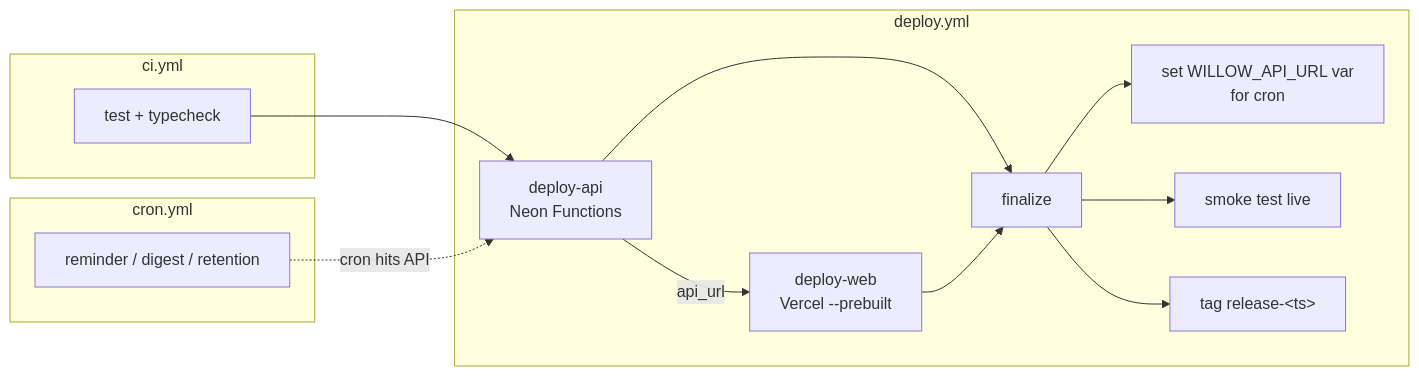
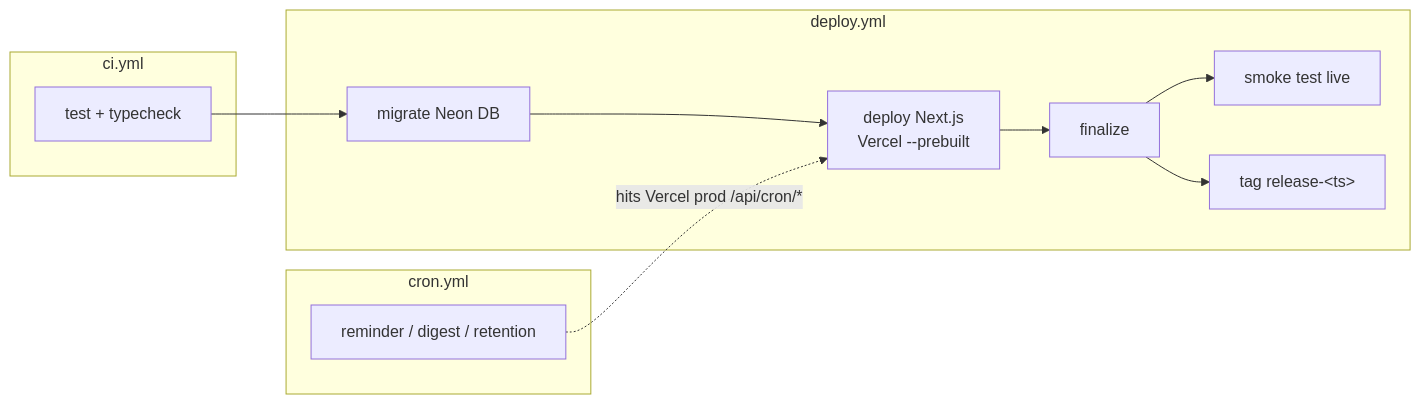
Before and after one commit to imsudip/willow: the diagram in docs/ci-cd-github-actions.md, drawn with Mermaid. The commit also changed other lines of this file and 120 other files, not shown here.

First line of the commit message:
feat: migrate to Next.js (merge Hono API + Vite PWA into one app) (#3)

````diff
--- a/docs/ci-cd-github-actions.md
+++ b/docs/ci-cd-github-actions.md
@@ -24,19 +24,17 @@
 ```mermaid
 flowchart LR
     subgraph Gate["ci.yml"]
         T[test + typecheck]
     end
     subgraph Deploy["deploy.yml"]
-        T --> A[deploy-api<br/>Neon Functions]
-        A -->|api_url| W[deploy-web<br/>Vercel --prebuilt]
-        A --> F[finalize]
-        W --> F
-        F --> V[set WILLOW_API_URL var<br/>for cron]
+        T --> M[migrate Neon DB]
+        M --> W[deploy Next.js<br/>Vercel --prebuilt]
+        W --> F[finalize]
         F --> S[smoke test live]
         F --> R[tag release-&lt;ts&gt;]
     end
     subgraph Cron["cron.yml"]
         C[reminder / digest / retention]
-        C -.->|cron hits API| A
+        C -.->|hits Vercel prod /api/cron/*| W
     end
 ```
````
